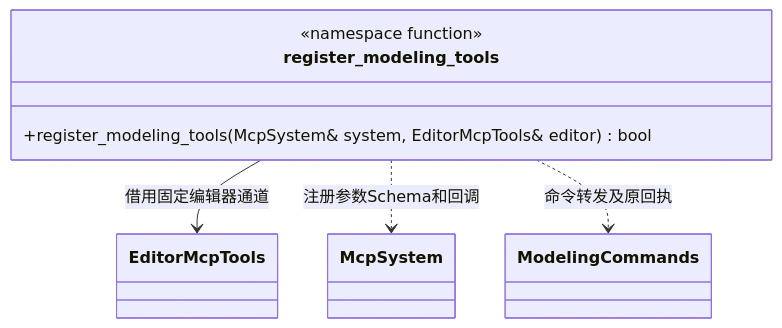
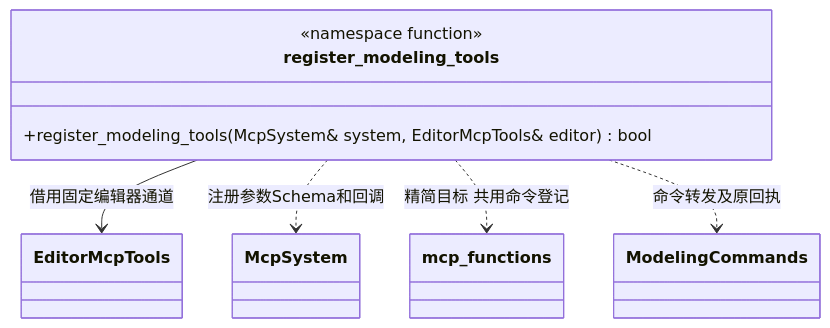
One commit to lcals/Engine changed the diagram in docs/plugins/editor/class-diagrams/modeling-mcp-tools.md. Above: the diagram before and after it, drawn with Mermaid. The commit also changed other lines of this file and 133 other files, not shown here.

Commit message:
Simplify engine implementations under reviewed class diagrams

````diff
--- a/docs/plugins/editor/class-diagrams/modeling-mcp-tools.md
+++ b/docs/plugins/editor/class-diagrams/modeling-mcp-tools.md
@@ -7,13 +7,15 @@
 ```mermaid
 classDiagram
     class register_modeling_tools {
         <<namespace function>>
         +register_modeling_tools(McpSystem& system, EditorMcpTools& editor) bool
     }
     class EditorMcpTools
     class McpSystem
     class ModelingCommands
     register_modeling_tools --> EditorMcpTools : 借用固定编辑器通道
     register_modeling_tools ..> McpSystem : 注册参数Schema和回调
+    class mcp_functions
+    register_modeling_tools ..> mcp_functions : 精简目标 共用命令登记
     register_modeling_tools ..> ModelingCommands : 命令转发及原回执
 ```
````
